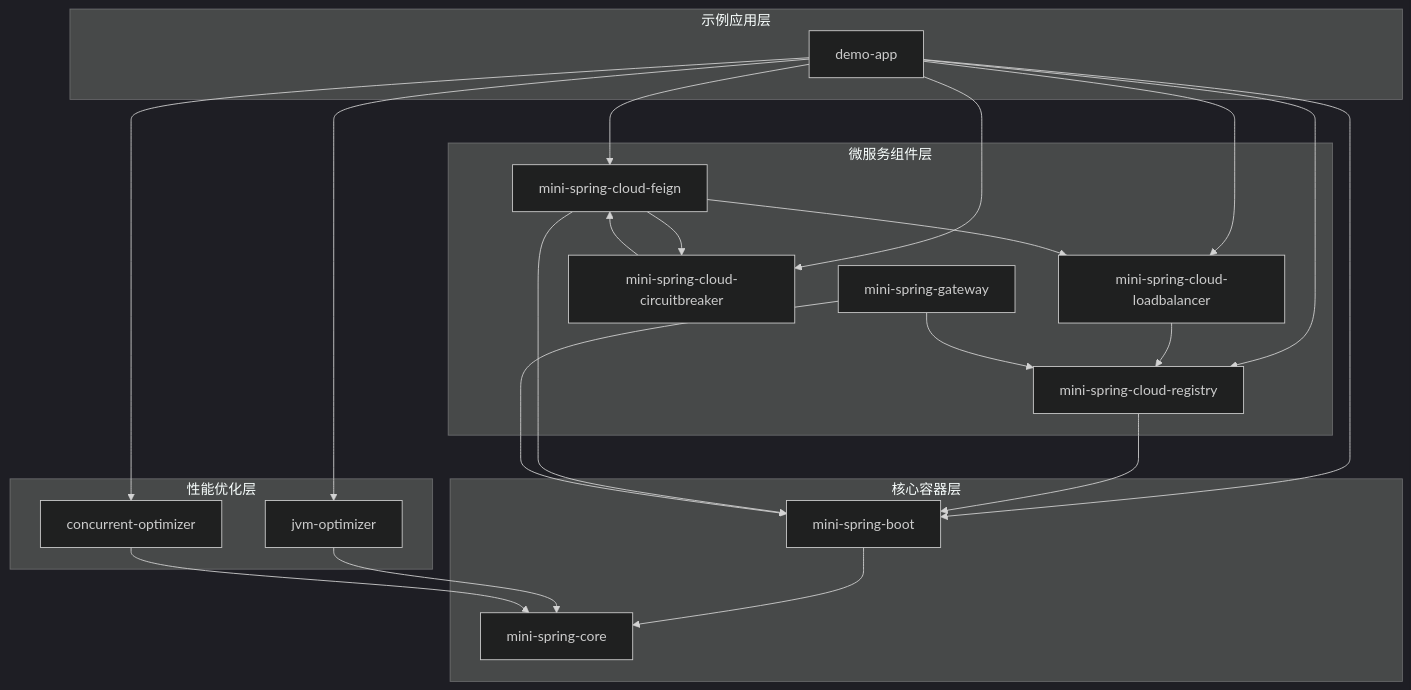
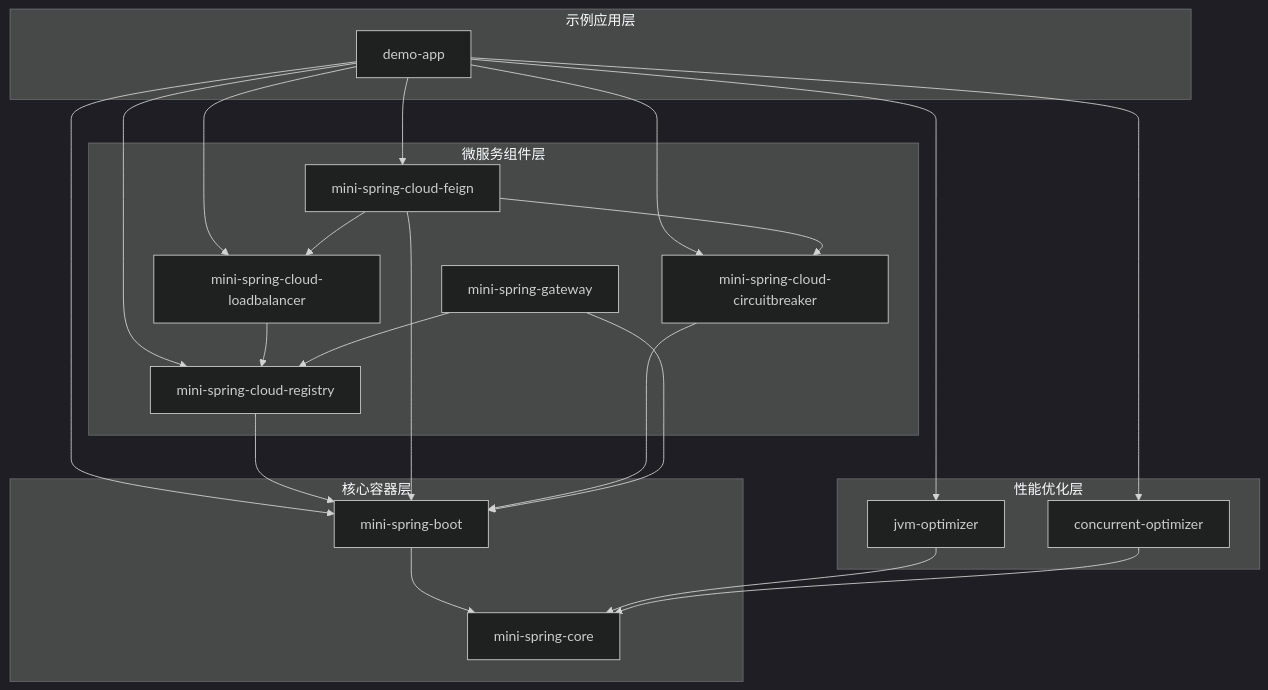
The first of 7 diagrams in ARCHITECTURE.md (Hugo1127/boot-and-cloud), drawn with Mermaid (dark theme) before and after one commit. The commit also changed other lines of this file and 2 other files, not shown here.

````diff
--- a/ARCHITECTURE.md
+++ b/ARCHITECTURE.md
@@ -58,46 +58,46 @@
 ```mermaid
 graph TD
     subgraph 示例应用层
         demo[demo-app]
     end
     
     subgraph 微服务组件层
         registry[mini-spring-cloud-registry]
         feign[mini-spring-cloud-feign]
         lb[mini-spring-cloud-loadbalancer]
         cb[mini-spring-cloud-circuitbreaker]
         gw[mini-spring-gateway]
     end
     
     subgraph 核心容器层
         boot[mini-spring-boot]
         core[mini-spring-core]
     end
     
     subgraph 性能优化层
         jvm[jvm-optimizer]
         concurrent[concurrent-optimizer]
     end
     
     demo --> boot
     demo --> registry
     demo --> feign
     demo --> lb
     demo --> cb
     demo --> jvm
     demo --> concurrent
     
     registry --> boot
     feign --> boot
     feign --> lb
     feign --> cb
     lb --> registry
-    cb --> feign
+    cb --> boot
     gw --> boot
     gw --> registry
     
     boot --> core
     
     jvm --> core
     concurrent --> core
 ```
````
